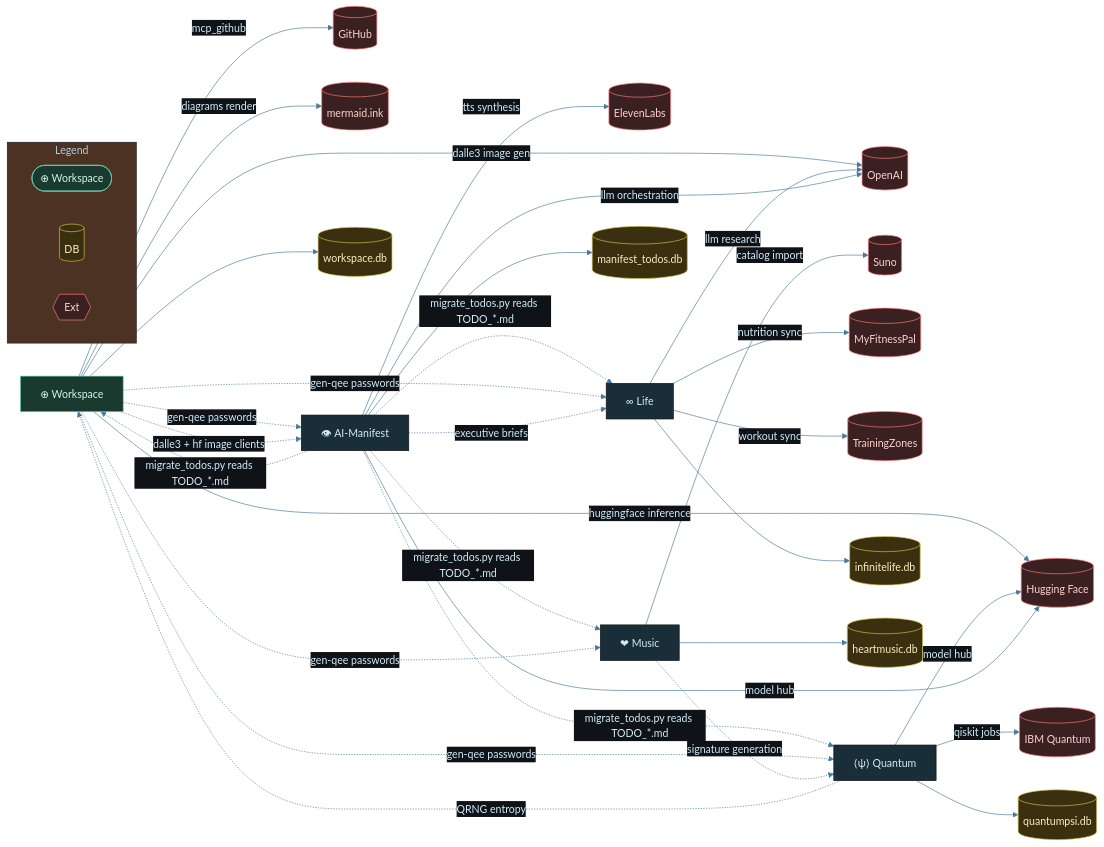
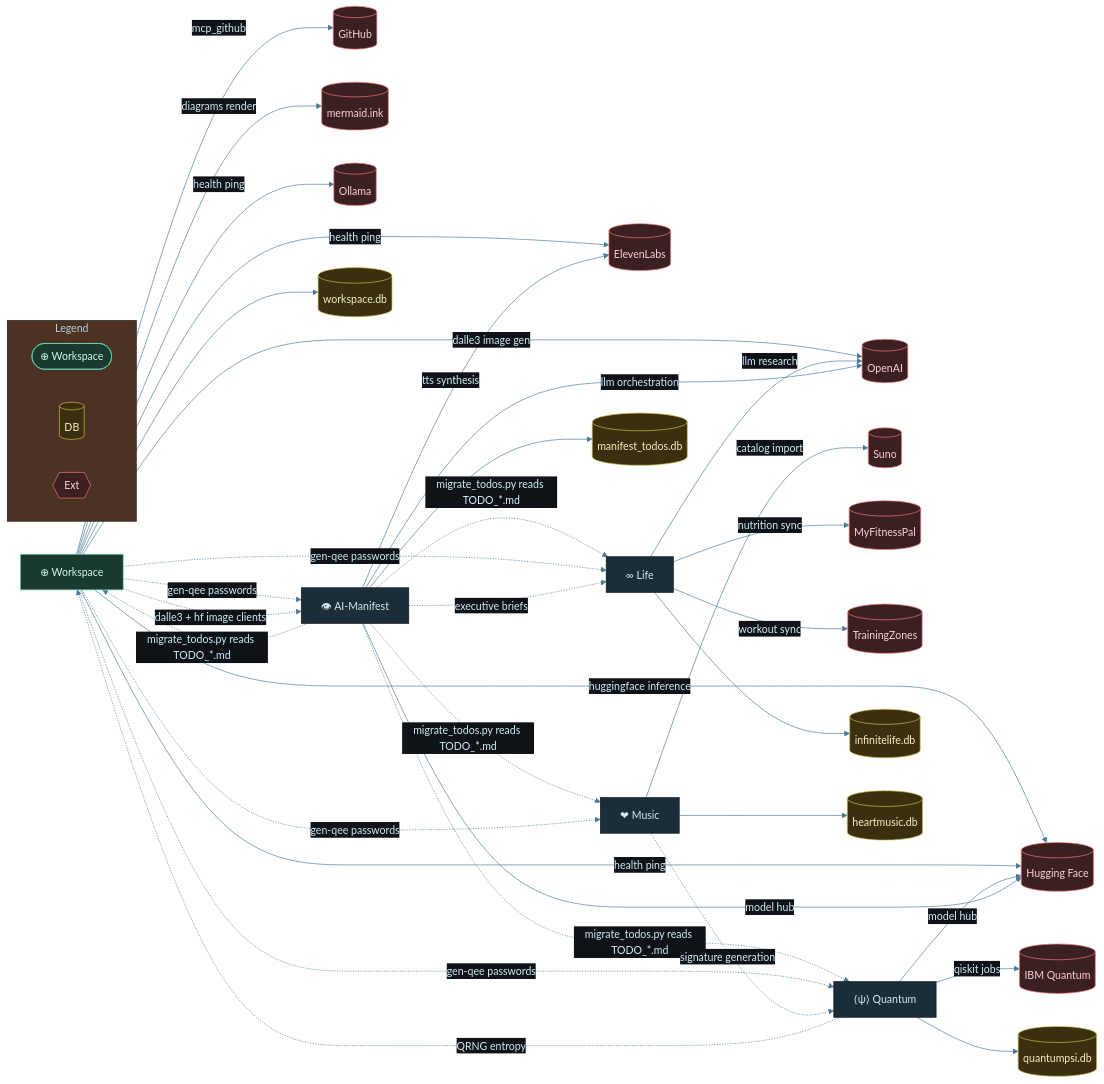
The diagram in diagrams/workspace-integrations.mmd (tylerdrakemusic/-Workspace), drawn with Mermaid before and after one commit. The commit also changed 3 other files, not shown here.

First line of the commit message:
FR-20260525-api-health-monitor: update architecture diagrams

```diff
--- a/diagrams/workspace-integrations.mmd
+++ b/diagrams/workspace-integrations.mmd
@@ -1,82 +1,86 @@
 %%{init: {'theme': 'base', 'themeVariables': {'primaryColor': '#1a2e3a', 'primaryTextColor': '#d0ecf8', 'edgeLabelBackground': '#0f1318', 'lineColor': '#4a7a9a'}}}%%
 graph LR
     %% Cross-project integration points across the ⊕Workspace
     %% Updated when new src/integrations/ modules or cross-project wiring is added.
     %% Maintained by ⊕workspace-architecture-beautifier (FR-20260425-architecture-review-agents)
     %% External services
     GitHub[(GitHub)]:::ext
     IBMQ[(IBM Quantum)]:::ext
     OpenAI[(OpenAI)]:::ext
     ElevenLabs[(ElevenLabs)]:::ext
     HF[(Hugging Face)]:::ext
     Suno[(Suno)]:::ext
     MFP[(MyFitnessPal)]:::ext
     TZ[(TrainingZones)]:::ext
     Mermaid[(mermaid.ink)]:::ext
+    Ollama[(Ollama)]:::ext
     %% Project sigils
     Workspace[⊕ Workspace]:::ws
     Life[∞ Life]:::orch
     Music[❤ Music]:::orch
     Quantum[⟨ψ⟩ Quantum]:::orch
     Manifest[👁 AI-Manifest]:::orch
     %% Databases
     WSDB[(workspace.db)]:::db
     LifeDB[(infinitelife.db)]:::db
     MusicDB[(heartmusic.db)]:::db
     QDB[(quantumpsi.db)]:::db
     %% Workspace → external
     Workspace -->|mcp_github| GitHub
     Workspace -->|diagrams render| Mermaid
     Workspace -->|dalle3 image gen| OpenAI
     Workspace -->|huggingface inference| HF
     Workspace --> WSDB
+    Workspace -->|health ping| ElevenLabs
+    Workspace -->|health ping| Ollama
+    Workspace -->|health ping| HF
     %% ∞Life → external + DB
     Life -->|nutrition sync| MFP
     Life -->|workout sync| TZ
     Life -->|llm research| OpenAI
     Life --> LifeDB
     %% ❤Music → external + DB
     Music -->|catalog import| Suno
     Music --> MusicDB
     %% ⟨ψ⟩Quantum → external + DB
     Quantum -->|qiskit jobs| IBMQ
     Quantum -->|model hub| HF
     Quantum --> QDB
     %% 👁AI-Manifest → external
     Manifest -->|tts synthesis| ElevenLabs
     Manifest -->|llm orchestration| OpenAI
     Manifest -->|model hub| HF
     ManifestTodoDB[(manifest_todos.db)]:::db
     Manifest --> ManifestTodoDB
     Manifest -.->|migrate_todos.py reads TODO_*.md| Life
     Manifest -.->|migrate_todos.py reads TODO_*.md| Music
     Manifest -.->|migrate_todos.py reads TODO_*.md| Quantum
     Manifest -.->|migrate_todos.py reads TODO_*.md| Workspace
     %% Cross-project integrations (the workspace's connective tissue)
     Quantum -.->|QRNG entropy| Workspace
     Workspace -.->|gen-qee passwords| Life
     Workspace -.->|gen-qee passwords| Music
     Workspace -.->|gen-qee passwords| Quantum
     Workspace -.->|gen-qee passwords| Manifest
     Manifest -.->|executive briefs| Life
     Music -.->|signature generation| Quantum
     Workspace -.->|dalle3 + hf image clients| Manifest
 
 
 
     subgraph Legend[" Legend "]
         direction LR
     L_ws([⊕ Workspace]):::ws
     L_db[(DB)]:::db
     L_ext{{Ext}}:::ext
     end
 
 classDef life     fill:#1a2e3a,stroke:#6ab4d4,color:#d0ecf8
 classDef music    fill:#3a1a24,stroke:#d47a8f,color:#f8d0dc
 classDef quantum  fill:#251a3a,stroke:#a07adf,color:#e8d0f8
 classDef manifest fill:#3a2e1a,stroke:#d4a96a,color:#f8ead0
 classDef ws       fill:#1a3a30,stroke:#6ad4b4,color:#d0f8ee
 classDef tyler    fill:#2a1a3a,stroke:#9e4aff,color:#fff
 classDef ext      fill:#3a2020,stroke:#ff7a7a,color:#ffd0d0
 classDef db       fill:#3a3010,stroke:#d4c050,color:#f8f0c0
 classDef state    fill:#1a1a1a,stroke:#888888,color:#cccccc
```
